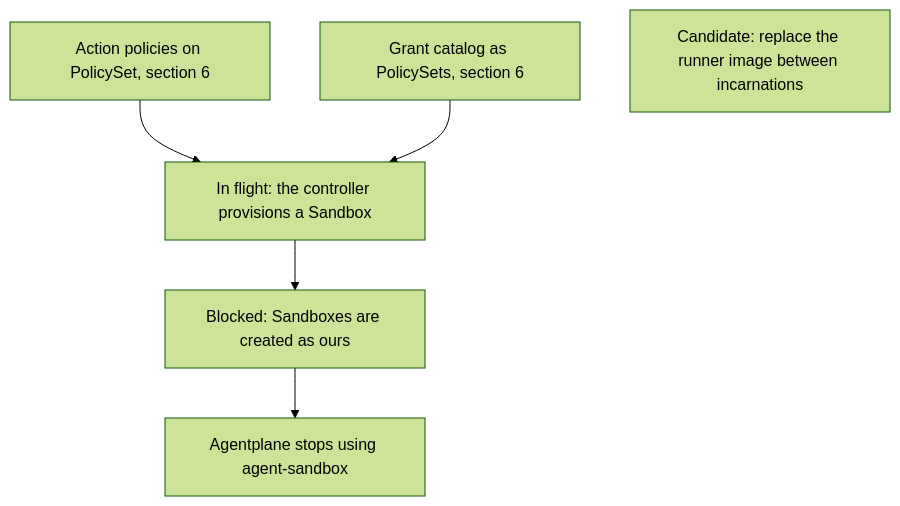
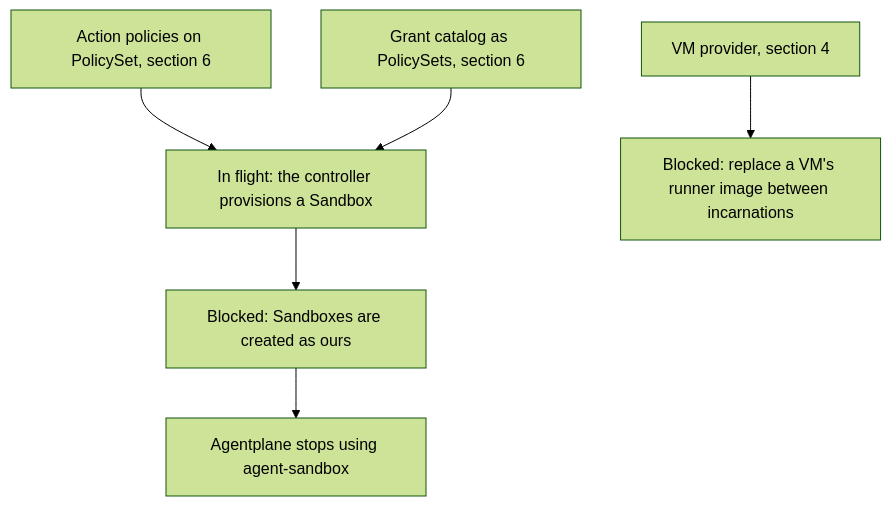
One commit to agentydragon/ducktape changed diagram 11 of 15 in agentplane/plans/task_dag.md. Above: the diagram before and after it, drawn with Mermaid (forest theme). The commit also changed other lines of this file and 8 other files, not shown here.

First line of the commit message:
agentplane: a state PVC refuses runner images of another state schema

````diff
--- a/agentplane/plans/task_dag.md
+++ b/agentplane/plans/task_dag.md
@@ -669,10 +669,11 @@
 ```mermaid
 flowchart TD
     SANDBOX_CONTROLLER_PROVISIONING[In flight: the controller provisions a Sandbox]
     ACTION_POLICY_MIGRATE[Action policies on PolicySet, section 6] --> SANDBOX_CONTROLLER_PROVISIONING
     KUBERNETES_POLICY_SETS[Grant catalog as PolicySets, section 6] --> SANDBOX_CONTROLLER_PROVISIONING
-    SANDBOX_IMAGE_REPLACE[Candidate: replace the runner image between incarnations]
+    SANDBOX_IMAGE_REPLACE[Blocked: replace a VM's runner image between incarnations]
+    VM_PROVIDER[VM provider, section 4] --> SANDBOX_IMAGE_REPLACE
     SANDBOX_CREATE_CUTOVER[Blocked: Sandboxes are created as ours]
     SANDBOX_CONTROLLER_PROVISIONING --> SANDBOX_CREATE_CUTOVER
     SANDBOX_CREATE_CUTOVER --> AGENT_SANDBOX_RETIRE[Agentplane stops using agent-sandbox]
 ```
````
